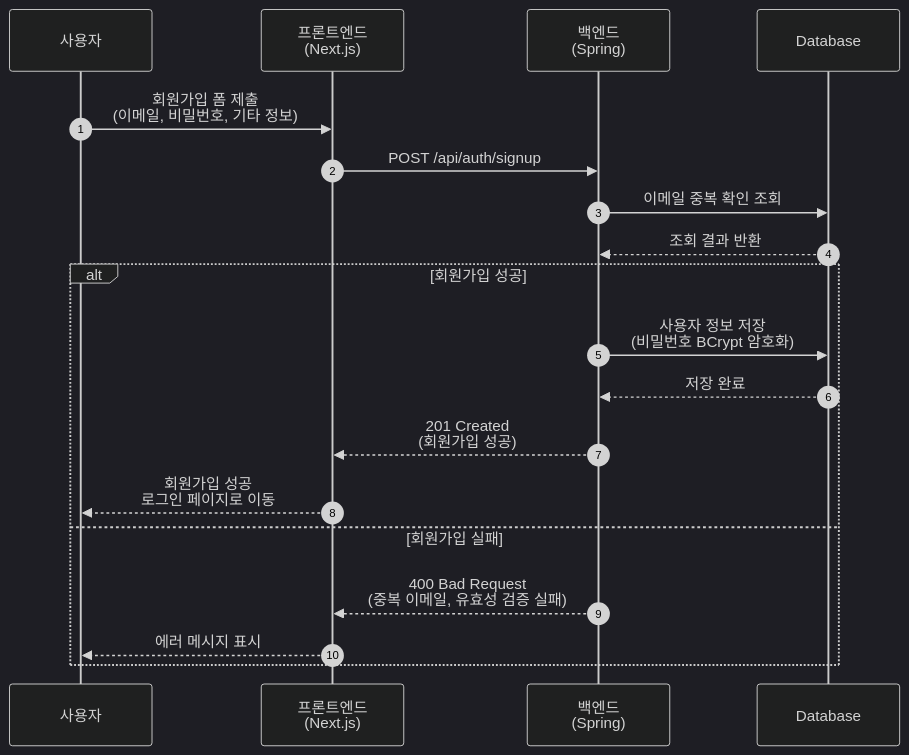
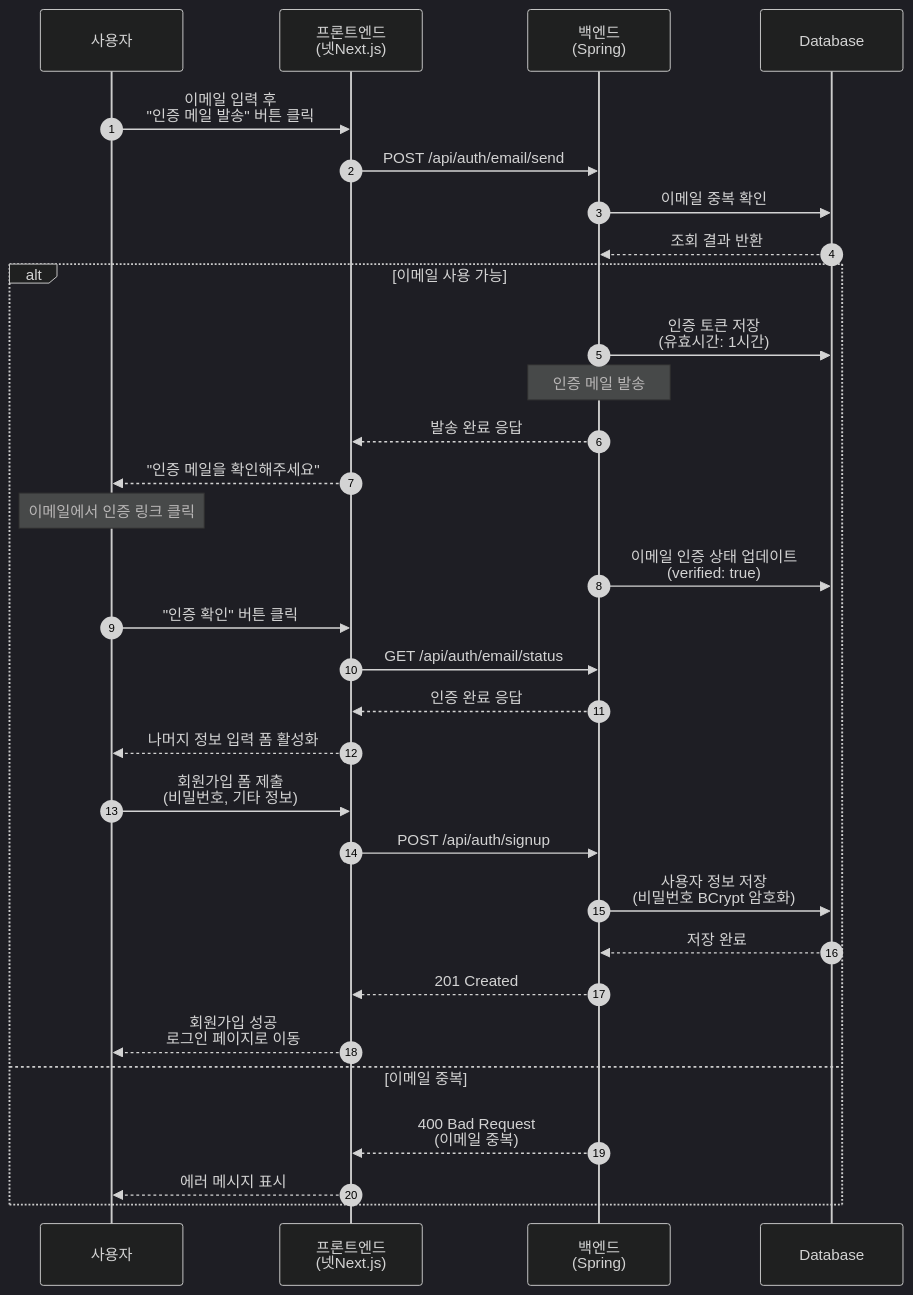
One commit to sw-campus/sw-campus-docs changed the first of 7 diagrams in sequence/authrization/signup_login_diagram.md. Above: the diagram before and after it, drawn with Mermaid (dark theme). The commit also changed other lines of this file and 1 other file, not shown here.

Commit message:
docs: Auth, Lecture, Review 설명, 다이어그램 추가

````diff
--- a/sequence/authrization/signup_login_diagram.md
+++ b/sequence/authrization/signup_login_diagram.md
@@ -5,23 +5,39 @@
 ```mermaid
 sequenceDiagram
     autonumber
     participant User as 사용자
-    participant Frontend as 프론트엔드<br/>(Next.js)
+    participant Frontend as 프론트엔드<br/>(넷Next.js)
     participant Backend as 백엔드<br/>(Spring)
     participant DB as Database
 
-    User->>Frontend: 회원가입 폼 제출<br/>(이메일, 비밀번호, 기타 정보)
-    Frontend->>Backend: POST /api/auth/signup
-    Backend->>DB: 이메일 중복 확인 조회
+    User->>Frontend: 이메일 입력 후<br/>"인증 메일 발송" 버튼 클릭
+    Frontend->>Backend: POST /api/auth/email/send
+    Backend->>DB: 이메일 중복 확인
     DB-->>Backend: 조회 결과 반환
 
-    alt 회원가입 성공
+    alt 이메일 사용 가능
+        Backend->>DB: 인증 토큰 저장<br/>(유효시간: 1시간)
+        Note over Backend: 인증 메일 발송
+        Backend-->>Frontend: 발송 완료 응답
+        Frontend-->>User: "인증 메일을 확인해주세요"
+
+        Note over User: 이메일에서 인증 링크 클릭
+        Backend->>DB: 이메일 인증 상태 업데이트<br/>(verified: true)
+        
+        User->>Frontend: "인증 확인" 버튼 클릭
+        Frontend->>Backend: GET /api/auth/email/status
+        Backend-->>Frontend: 인증 완료 응답
+        
+        Frontend-->>User: 나머지 정보 입력 폼 활성화
+        User->>Frontend: 회원가입 폼 제출<br/>(비밀번호, 기타 정보)
+        Frontend->>Backend: POST /api/auth/signup
         Backend->>DB: 사용자 정보 저장<br/>(비밀번호 BCrypt 암호화)
         DB-->>Backend: 저장 완료
-        Backend-->>Frontend: 201 Created<br/>(회원가입 성공)
+        Backend-->>Frontend: 201 Created
         Frontend-->>User: 회원가입 성공<br/>로그인 페이지로 이동
-    else 회원가입 실패
-        Backend-->>Frontend: 400 Bad Request<br/>(중복 이메일, 유효성 검증 실패)
+
+    else 이메일 중복
+        Backend-->>Frontend: 400 Bad Request<br/>(이메일 중복)
         Frontend-->>User: 에러 메시지 표시
     end
 ```
````
